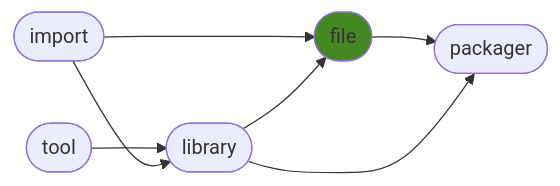
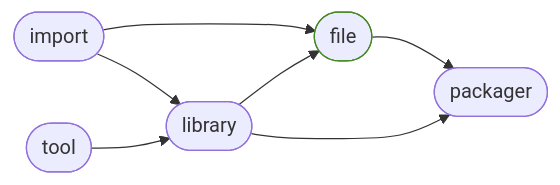
One commit to ManderaGeneral/generalfile changed the diagram in README.md. Above: the diagram before and after it, drawn with Mermaid. The commit also changed other lines of this file, not shown here.

````diff
--- a/README.md
+++ b/README.md
@@ -24,15 +24,15 @@
 ```mermaid
 flowchart LR
 0([import]) --> 3([file])
+0([import]) --> 2([library])
+1([tool]) --> 2([library])
 3([file]) --> 4([packager])
-1([tool]) --> 2([library])
-0([import]) --> 2([library])
 2([library]) --> 4([packager])
 2([library]) --> 3([file])
 click 0 "https://github.com/ManderaGeneral/generalimport"
 click 1 "https://github.com/ManderaGeneral/generaltool"
 click 2 "https://github.com/ManderaGeneral/generallibrary"
 click 3 "https://github.com/ManderaGeneral/generalfile"
 click 4 "https://github.com/ManderaGeneral/generalpackager"
-style 3 fill:#482
+style 3 stroke:#482
 ```
````
